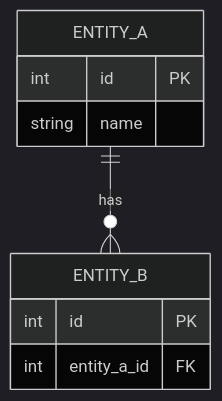
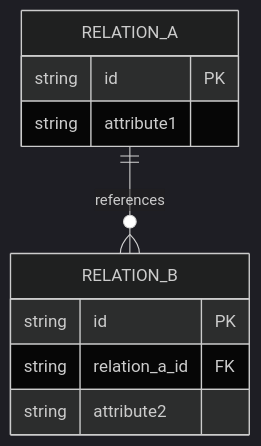
One commit to thanhan11hz/ProjectCS486 changed the diagram in .opencode/skills/logical-design/logical-design-template.md. Above: the diagram before and after it, drawn with Mermaid (dark theme). The commit also changed other lines of this file and 8 other files, not shown here.

Commit message:
Complete ERD design and validation design stage

````diff
--- a/.opencode/skills/logical-design/logical-design-template.md
+++ b/.opencode/skills/logical-design/logical-design-template.md
@@ -86,15 +209,16 @@
 ```mermaid
 erDiagram
 
-ENTITY_A {
-    int id PK
-    string name
-}
+    RELATION_A ||--o{ RELATION_B : references
 
-ENTITY_B {
-    int id PK
-    int entity_a_id FK
-}
+    RELATION_A {
+        string id PK
+        string attribute1
+    }
 
-ENTITY_A ||--o{ ENTITY_B : has
+    RELATION_B {
+        string id PK
+        string relation_a_id FK
+        string attribute2
+    }
 ```
````
